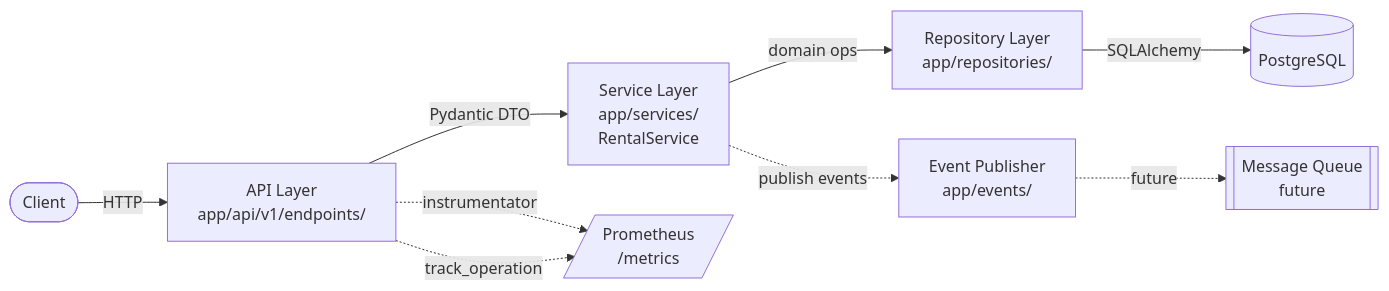
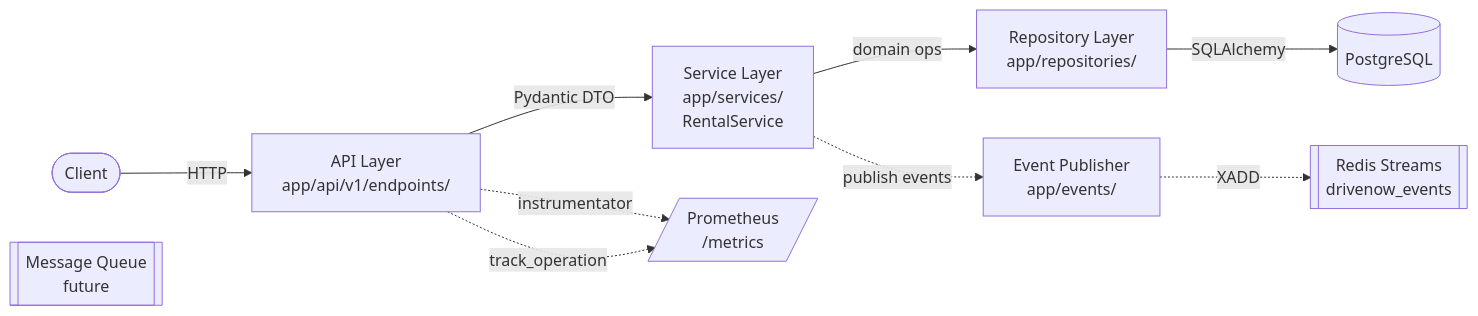
One commit to hillelGonen/DriveNow changed the diagram in README.md. Above: the diagram before and after it, drawn with Mermaid. The commit also changed other lines of this file and 6 other files, not shown here.

````diff
--- a/README.md
+++ b/README.md
@@ -9,20 +9,20 @@
 ```mermaid
 flowchart LR
     Client([Client])
     API[API Layer<br/>app/api/v1/endpoints/]
     Service[Service Layer<br/>app/services/<br/>RentalService]
     Repo[Repository Layer<br/>app/repositories/]
     DB[(PostgreSQL)]
     Events[Event Publisher<br/>app/events/]
     MQ[[Message Queue<br/>future]]
     Prom[/Prometheus<br/>/metrics/]
 
     Client -->|HTTP| API
     API -->|Pydantic DTO| Service
     Service -->|domain ops| Repo
     Repo -->|SQLAlchemy| DB
     Service -.->|publish events| Events
-    Events -.->|future| MQ
+    Events -.->|XADD| Redis[[Redis Streams<br/>drivenow_events]]
     API -. instrumentator .-> Prom
     API -. track_operation .-> Prom
 ```
````
